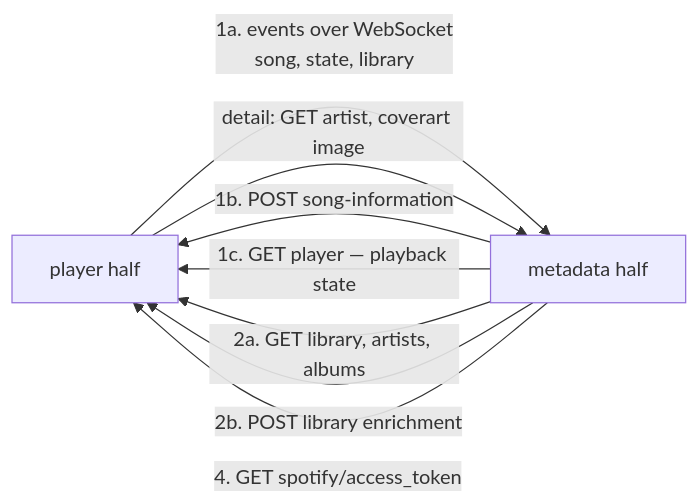
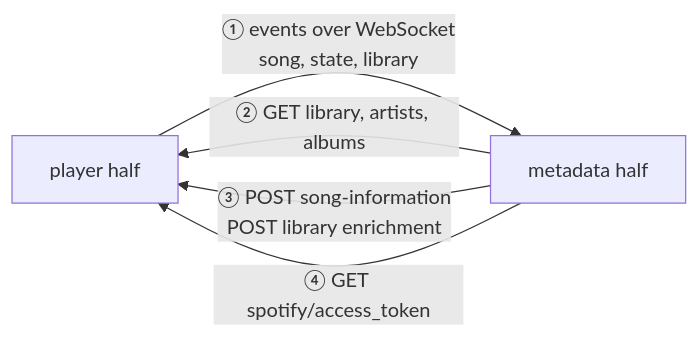
One commit to hifiberry/acr changed the second of 8 diagrams in doc/communications.md. Above: the diagram before and after it, drawn with Mermaid. The commit also changed other lines of this file and 26 other files, not shown here.

````diff
--- a/doc/communications.md
+++ b/doc/communications.md
@@ -188,13 +217,10 @@
 ```mermaid
 graph LR
     P["player half"]
     M["metadata half"]
 
-    P -->|"1a. events over WebSocket<br/>song, state, library"| M
-    M -->|"1b. POST song-information"| P
-    M -->|"1c. GET player — playback state"| P
-    M -->|"2a. GET library, artists, albums"| P
-    M -->|"2b. POST library enrichment"| P
-    M -->|"4. GET spotify/access_token"| P
-    P -->|"detail: GET artist, coverart image"| M
+    P -->|"① events over WebSocket<br/>song, state, library"| M
+    M -->|"② GET library, artists, albums"| P
+    M -->|"③ POST song-information<br/>POST library enrichment"| P
+    M -->|"④ GET spotify/access_token"| P
 ```
````
